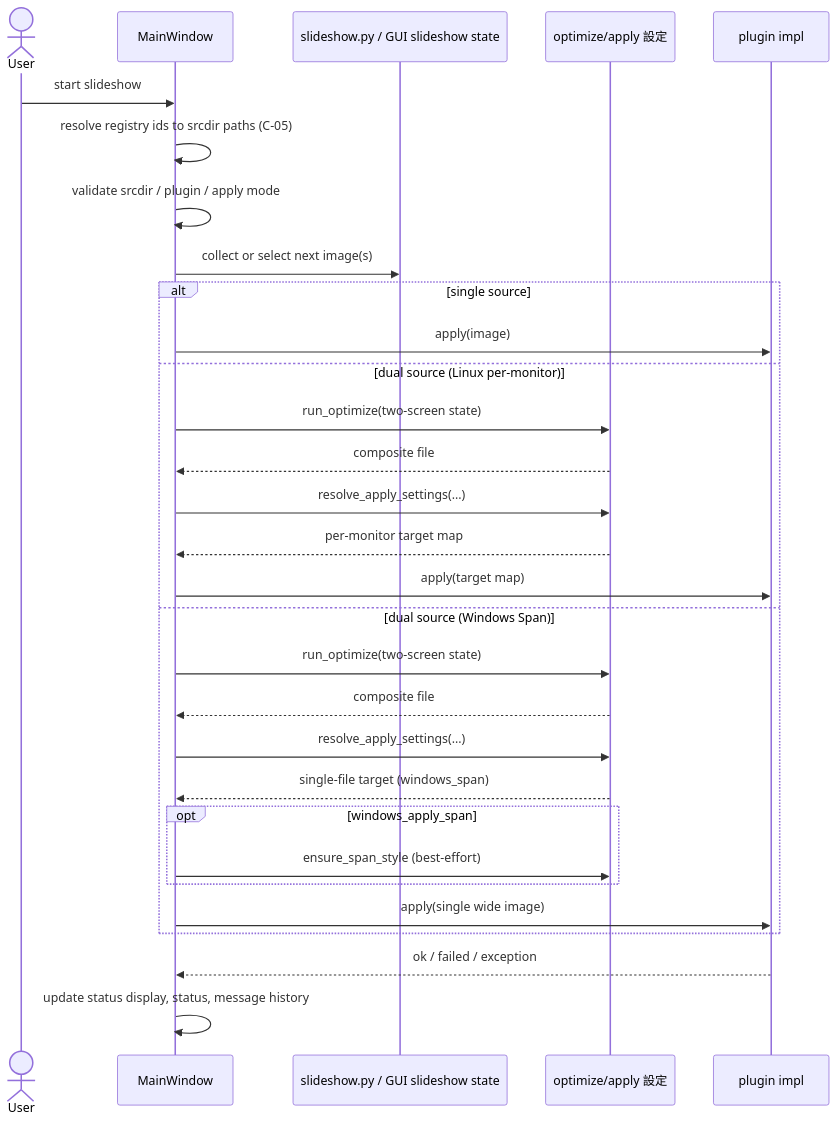
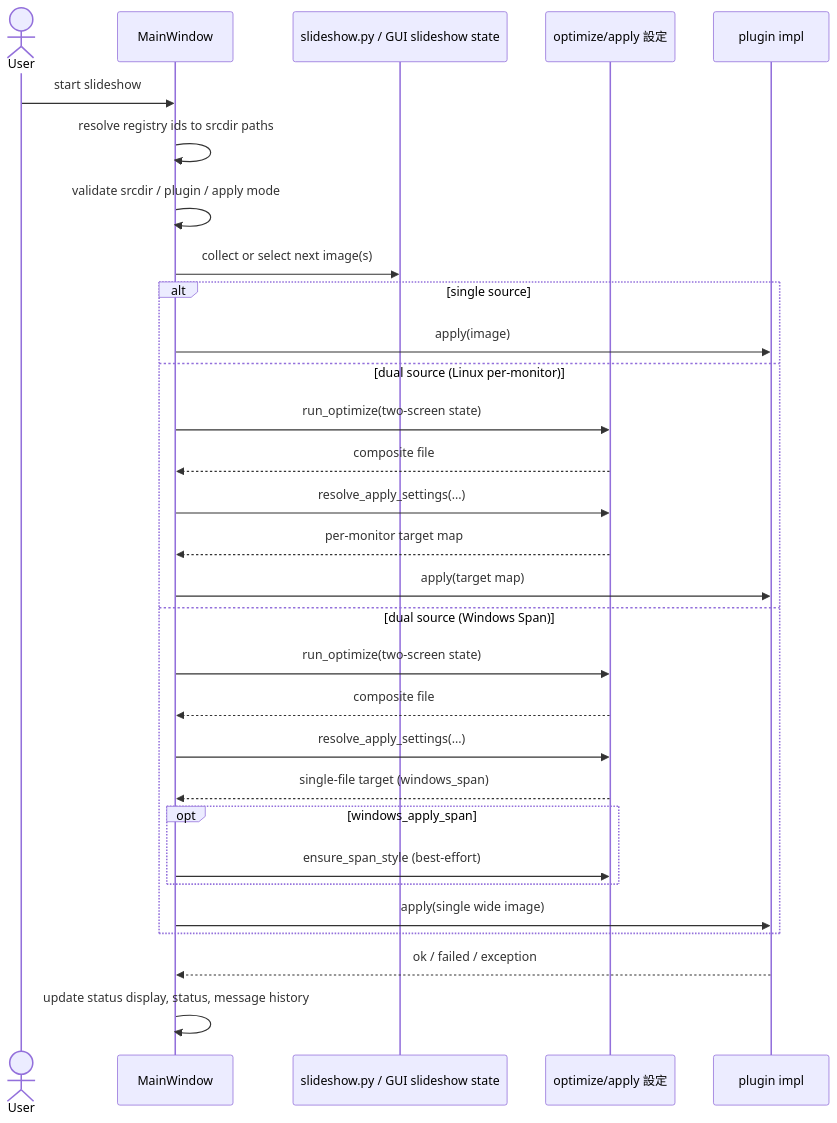
One commit to oggy8021/Harite changed the diagram in docs/specs/slideshow/harite-slideshow-spec.md. Above: the diagram before and after it, drawn with Mermaid. The commit also changed other lines of this file and 7 other files, not shown here.

````diff
--- a/docs/specs/slideshow/harite-slideshow-spec.md
+++ b/docs/specs/slideshow/harite-slideshow-spec.md
@@ -46,33 +56,33 @@
 ```mermaid
 sequenceDiagram
     actor User
     participant GUI as MainWindow
     participant Slideshow as slideshow.py / GUI slideshow state
     participant Core as optimize/apply 設定
     participant Plugin as plugin impl
 
     User->>GUI: start slideshow
-    GUI->>GUI: resolve registry ids to srcdir paths (C-05)
+    GUI->>GUI: resolve registry ids to srcdir paths
     GUI->>GUI: validate srcdir / plugin / apply mode
     GUI->>Slideshow: collect or select next image(s)
     alt single source
         GUI->>Plugin: apply(image)
     else dual source (Linux per-monitor)
         GUI->>Core: run_optimize(two-screen state)
         Core-->>GUI: composite file
         GUI->>Core: resolve_apply_settings(...)
         Core-->>GUI: per-monitor target map
         GUI->>Plugin: apply(target map)
     else dual source (Windows Span)
         GUI->>Core: run_optimize(two-screen state)
         Core-->>GUI: composite file
         GUI->>Core: resolve_apply_settings(...)
         Core-->>GUI: single-file target (windows_span)
         opt windows_apply_span
             GUI->>Core: ensure_span_style (best-effort)
         end
         GUI->>Plugin: apply(single wide image)
     end
     Plugin-->>GUI: ok / failed / exception
     GUI->>GUI: update status display, status, message history
 ```
````
